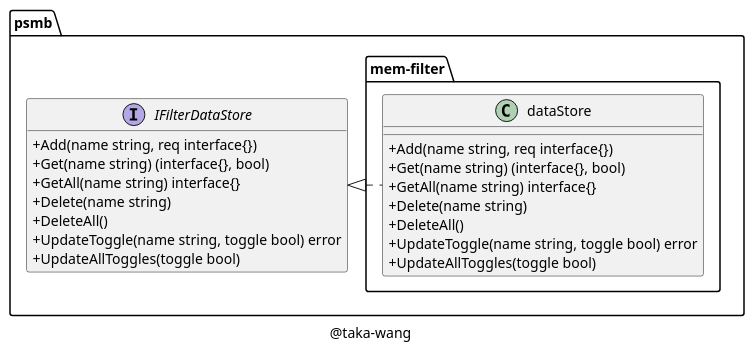
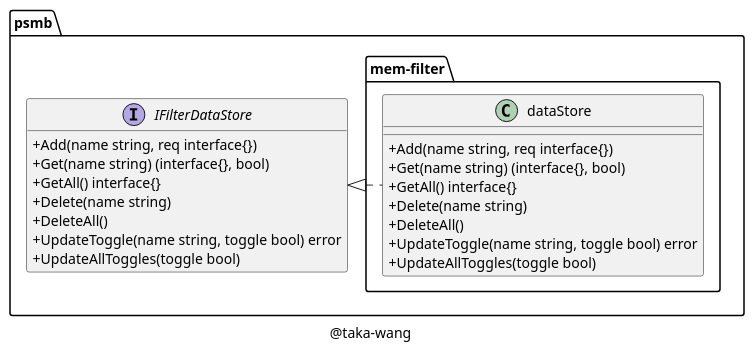
The diagram in class/mem-filter.puml (taka-wang/puml), drawn with PlantUML before and after one commit. The commit also changed 1 other file, not shown here.

Commit message:
update uml

```diff
--- a/class/mem-filter.puml
+++ b/class/mem-filter.puml
@@ -1,33 +1,33 @@
 @startuml
 
 set namespaceSeparator /
 
 skinparam classAttributeIconSize 0
 
 class psmb/mem-filter/dataStore {
 	+Add(name string, req interface{})
 	+Get(name string) (interface{}, bool)
-	+GetAll(name string) interface{}
+	+GetAll() interface{}
 	+Delete(name string)
 	+DeleteAll()
 	+UpdateToggle(name string, toggle bool) error
 	+UpdateAllToggles(toggle bool)
 }
 
 interface psmb/IFilterDataStore {
 	+Add(name string, req interface{})
 	+Get(name string) (interface{}, bool)
-	+GetAll(name string) interface{}
+	+GetAll() interface{}
 	+Delete(name string)
 	+DeleteAll()
 	+UpdateToggle(name string, toggle bool) error
 	+UpdateAllToggles(toggle bool)
 }
 
 "psmb/IFilterDataStore" <|. "psmb/mem-filter/dataStore"
 
 caption @taka-wang
 
 hide interface fields
 
 @enduml
```
